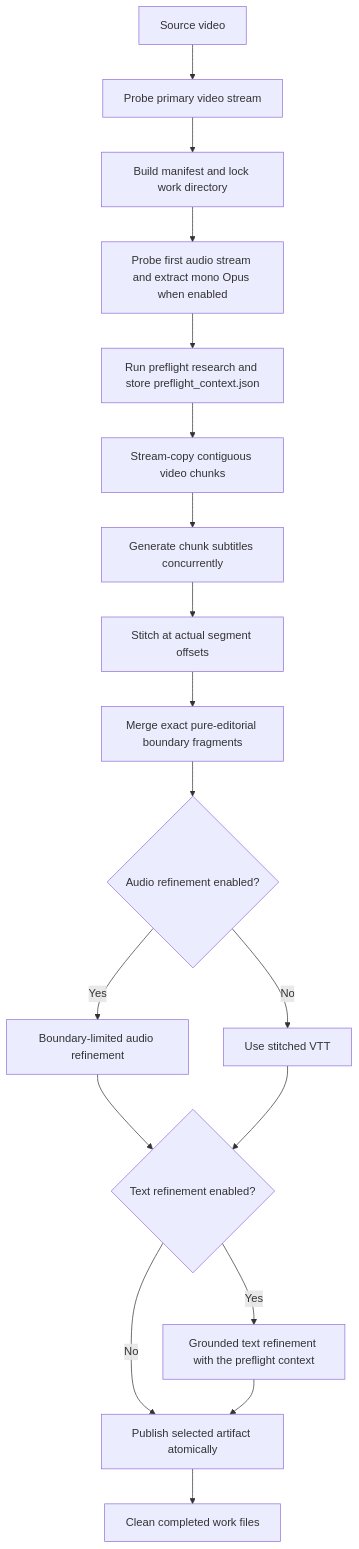
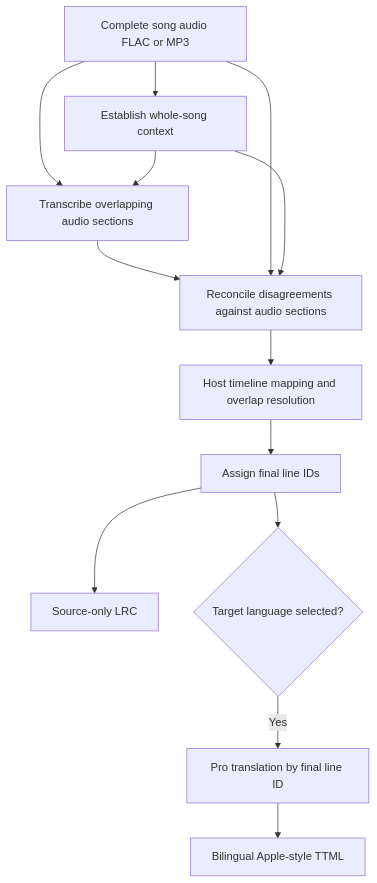
Before and after one commit to gotenksIN/video-subtitler: the second of 2 diagrams in CONTEXT.md, drawn with Mermaid. The commit also changed other lines of this file and 42 other files, not shown here.

First line of the commit message:
lyrics: Replace video pipeline with song generation

````diff
--- a/CONTEXT.md
+++ b/CONTEXT.md
@@ -37,20 +57,15 @@
 ```mermaid
 flowchart TD
-    A[Source video] --> B[Probe primary video stream]
-    B --> C[Build manifest and lock work directory]
-    C --> D[Probe first audio stream and extract mono Opus when enabled]
-    D --> E[Run preflight research and store preflight_context.json]
-    E --> F[Stream-copy contiguous video chunks]
-    F --> G[Generate chunk subtitles concurrently]
-    G --> H[Stitch at actual segment offsets]
-    H --> I[Merge exact pure-editorial boundary fragments]
-    I --> J{Audio refinement enabled?}
-    J -->|Yes| K[Boundary-limited audio refinement]
-    J -->|No| L[Use stitched VTT]
-    K --> M{Text refinement enabled?}
-    L --> M
-    M -->|Yes| N[Grounded text refinement with the preflight context]
-    M -->|No| O[Publish selected artifact atomically]
-    N --> O
-    O --> P[Clean completed work files]
+    A[Complete song audio FLAC or MP3] --> B[Establish whole-song context]
+    A --> C[Transcribe overlapping audio sections]
+    B --> C
+    C --> D[Reconcile disagreements against audio sections]
+    A --> D
+    B --> D
+    D --> E[Host timeline mapping and overlap resolution]
+    E --> F[Assign final line IDs]
+    F --> G[Source-only LRC]
+    F --> H{Target language selected?}
+    H -->|Yes| I[Pro translation by final line ID]
+    I --> J[Bilingual Apple-style TTML]
 ```
````
